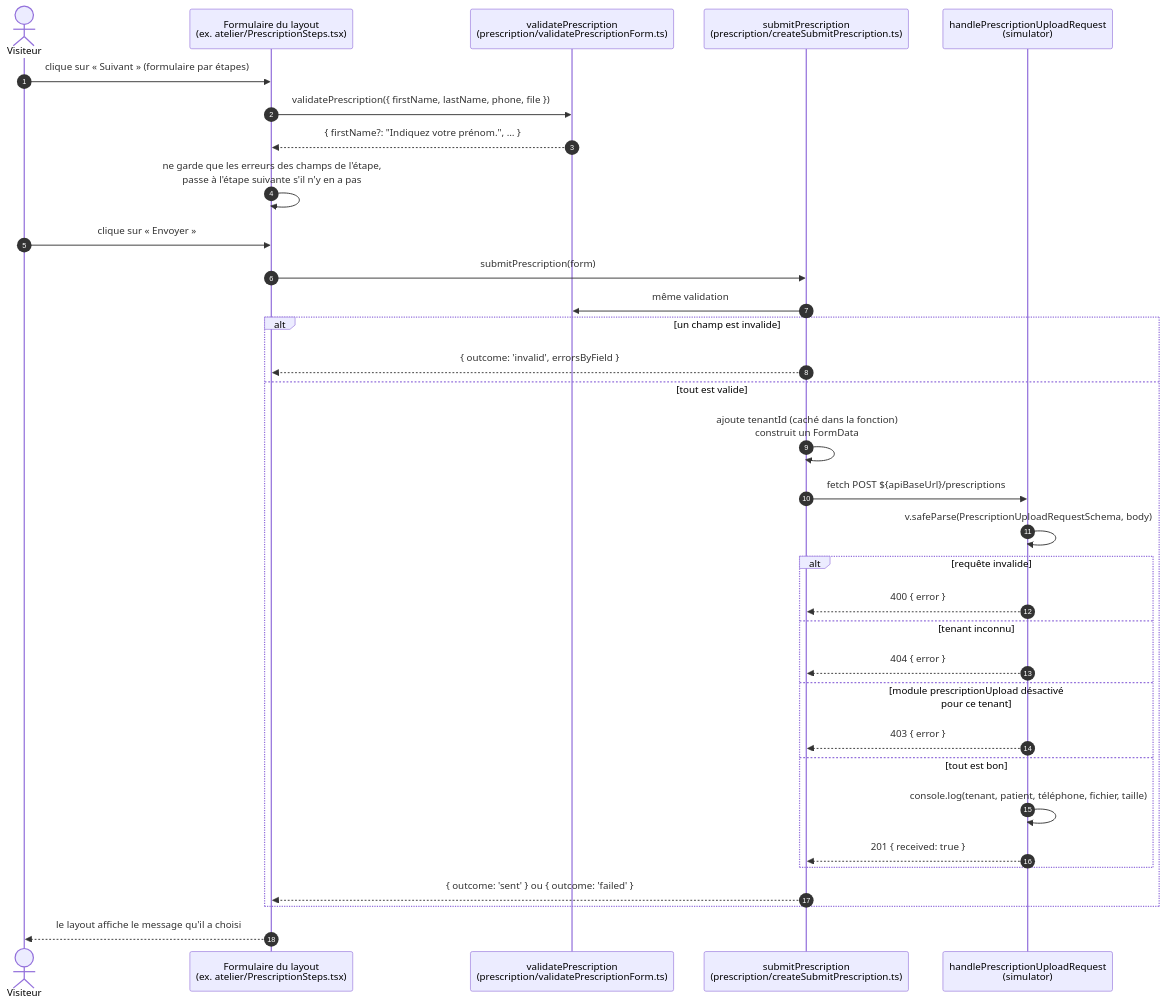
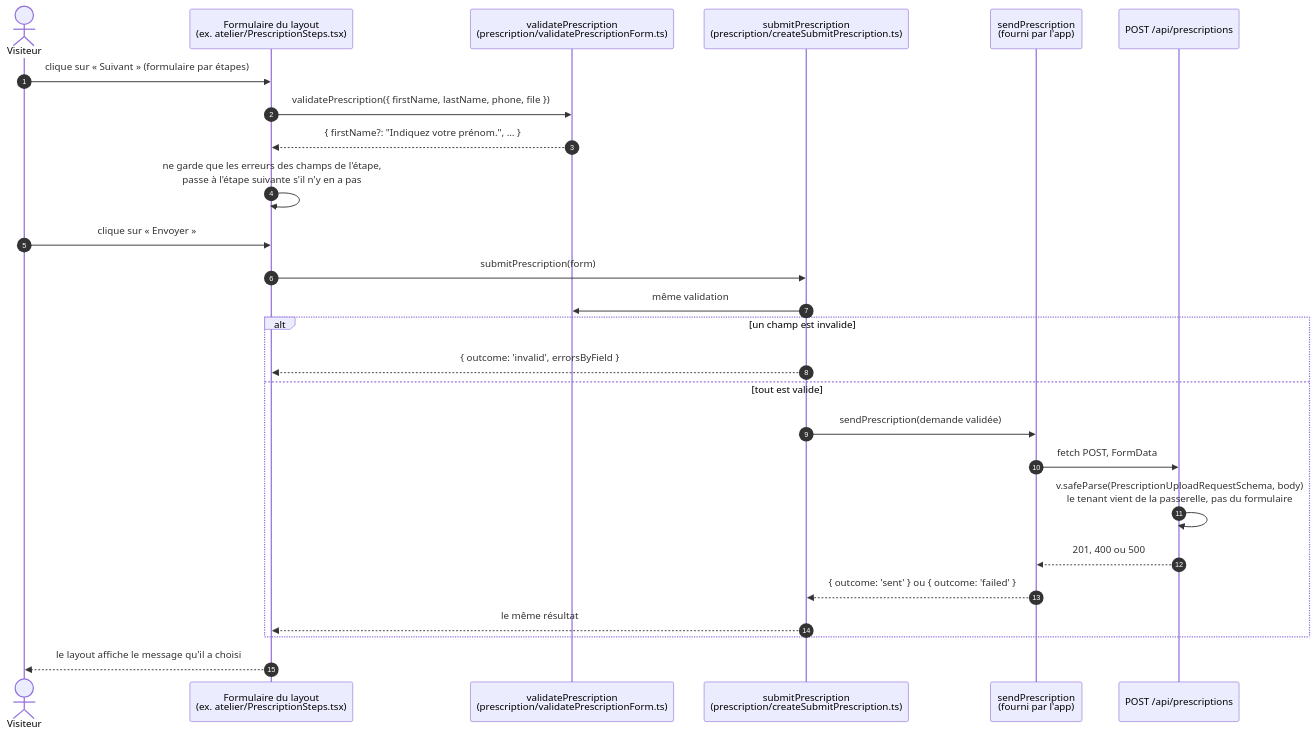
The seventh of 8 diagrams in app/engine/docs/fonctionnement-complet.md (BastienGRNT/crystal_pharm), drawn with Mermaid before and after one commit. The commit also changed other lines of this file and 70 other files, not shown here.

````diff
--- a/app/engine/docs/fonctionnement-complet.md
+++ b/app/engine/docs/fonctionnement-complet.md
@@ -244,37 +218,30 @@
 ```mermaid
 sequenceDiagram
     autonumber
     actor Visitor as Visiteur
     participant Form as Formulaire du layout<br/>(ex. atelier/PrescriptionSteps.tsx)
     participant Validate as validatePrescription<br/>(prescription/validatePrescriptionForm.ts)
     participant Submit as submitPrescription<br/>(prescription/createSubmitPrescription.ts)
-    participant Handler as handlePrescriptionUploadRequest<br/>(simulator)
+    participant Send as sendPrescription<br/>(fourni par l'app)
+    participant Api as POST /api/prescriptions
 
     Visitor->>Form: clique sur « Suivant » (formulaire par étapes)
     Form->>Validate: validatePrescription({ firstName, lastName, phone, file })
     Validate-->>Form: { firstName?: "Indiquez votre prénom.", … }
     Form->>Form: ne garde que les erreurs des champs de l'étape,<br/>passe à l'étape suivante s'il n'y en a pas
 
     Visitor->>Form: clique sur « Envoyer »
     Form->>Submit: submitPrescription(form)
     Submit->>Validate: même validation
     alt un champ est invalide
         Submit-->>Form: { outcome: 'invalid', errorsByField }
     else tout est valide
-        Submit->>Submit: ajoute tenantId (caché dans la fonction)<br/>construit un FormData
-        Submit->>Handler: fetch POST ${apiBaseUrl}/prescriptions
-        Handler->>Handler: v.safeParse(PrescriptionUploadRequestSchema, body)
-        alt requête invalide
-            Handler-->>Submit: 400 { error }
-        else tenant inconnu
-            Handler-->>Submit: 404 { error }
-        else module prescriptionUpload désactivé pour ce tenant
-            Handler-->>Submit: 403 { error }
-        else tout est bon
-            Handler->>Handler: console.log(tenant, patient, téléphone, fichier, taille)
-            Handler-->>Submit: 201 { received: true }
-        end
-        Submit-->>Form: { outcome: 'sent' } ou { outcome: 'failed' }
+        Submit->>Send: sendPrescription(demande validée)
+        Send->>Api: fetch POST, FormData
+        Api->>Api: v.safeParse(PrescriptionUploadRequestSchema, body)<br/>le tenant vient de la passerelle, pas du formulaire
+        Api-->>Send: 201, 400 ou 500
+        Send-->>Submit: { outcome: 'sent' } ou { outcome: 'failed' }
+        Submit-->>Form: le même résultat
     end
     Form-->>Visitor: le layout affiche le message qu'il a choisi
 ```
````
